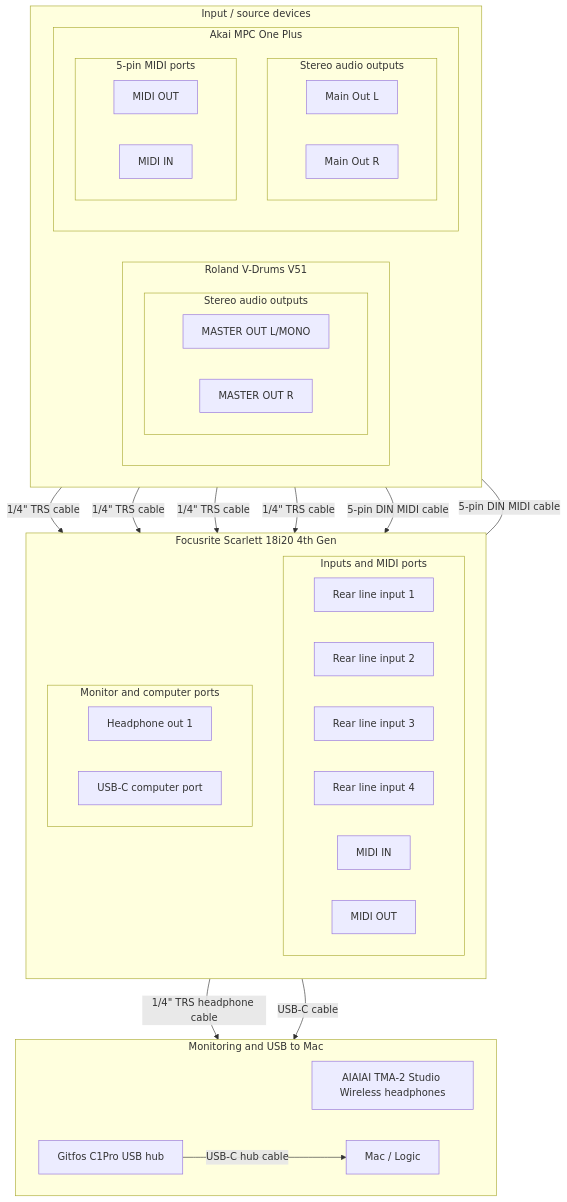
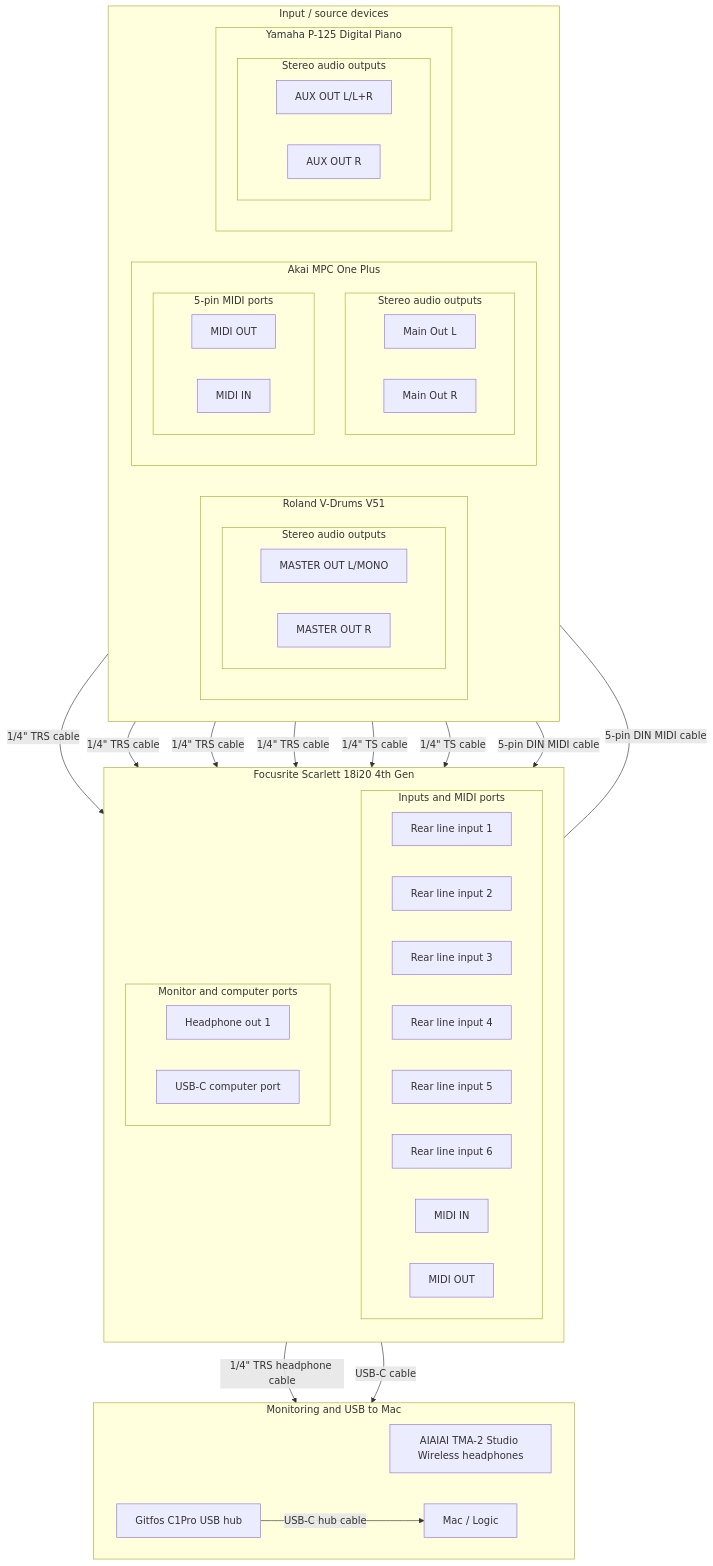
The first of 2 diagrams in AGENTS.md (thewoolleyman/music-studio), drawn with Mermaid before and after one commit. The commit also changed other lines of this file and 1 other file, not shown here.

Commit message:
Add Alesis and Yamaha routing docs

````diff
--- a/AGENTS.md
+++ b/AGENTS.md
@@ -87,65 +99,78 @@
 ```mermaid
 flowchart TB
     subgraph Sources["Input / source devices"]
-        direction LR
+        direction RL
 
         subgraph V51["Roland V-Drums V51"]
             direction TB
             subgraph V51Stereo["Stereo audio outputs"]
                 direction LR
                 V51OutL["MASTER OUT L/MONO"]
                 V51OutR["MASTER OUT R"]
             end
         end
 
         subgraph MPC["Akai MPC One Plus"]
             direction TB
             subgraph MPCStereo["Stereo audio outputs"]
                 direction LR
                 MPCL["Main Out L"]
                 MPCR["Main Out R"]
             end
             subgraph MPCMidi["5-pin MIDI ports"]
                 direction LR
                 MPCMidiOut["MIDI OUT"]
                 MPCMidiIn["MIDI IN"]
             end
         end
+
+        subgraph Yamaha["Yamaha P-125 Digital Piano"]
+            direction TB
+            subgraph YamahaStereo["Stereo audio outputs"]
+                direction LR
+                YamahaOutL["AUX OUT L/L+R"]
+                YamahaOutR["AUX OUT R"]
+            end
+        end
     end
 
     subgraph Scarlett["Focusrite Scarlett 18i20 4th Gen"]
         direction TB
         subgraph ScarlettInputs["Inputs and MIDI ports"]
-            direction LR
+            direction RL
             ScarlettIn1["Rear line input 1"]
             ScarlettIn2["Rear line input 2"]
             ScarlettIn3["Rear line input 3"]
             ScarlettIn4["Rear line input 4"]
+            ScarlettIn5["Rear line input 5"]
+            ScarlettIn6["Rear line input 6"]
             ScarlettMidiIn["MIDI IN"]
             ScarlettMidiOut["MIDI OUT"]
         end
 
         subgraph ScarlettOutputs["Monitor and computer ports"]
             direction LR
             ScarlettHP1["Headphone out 1"]
             ScarlettUSB["USB-C computer port"]
         end
     end
 
     subgraph Outputs["Monitoring and USB to Mac"]
         direction LR
         Headphones["AIAIAI TMA-2 Studio Wireless headphones"]
         Hub["Gitfos C1Pro USB hub"]
         Logic["Mac / Logic"]
     end
 
     V51OutL -->|1/4&quot; TRS cable| ScarlettIn1
     V51OutR -->|1/4&quot; TRS cable| ScarlettIn2
     MPCL -->|1/4&quot; TRS cable| ScarlettIn3
     MPCR -->|1/4&quot; TRS cable| ScarlettIn4
+    YamahaOutL -->|1/4&quot; TS cable| ScarlettIn5
+    YamahaOutR -->|1/4&quot; TS cable| ScarlettIn6
     MPCMidiOut -->|5-pin DIN MIDI cable| ScarlettMidiIn
     MPCMidiIn ---|5-pin DIN MIDI cable| ScarlettMidiOut
     ScarlettHP1 -->|1/4&quot; TRS headphone cable| Headphones
     ScarlettUSB -->|USB-C cable| Hub
     Hub -->|USB-C hub cable| Logic
 ```
````
